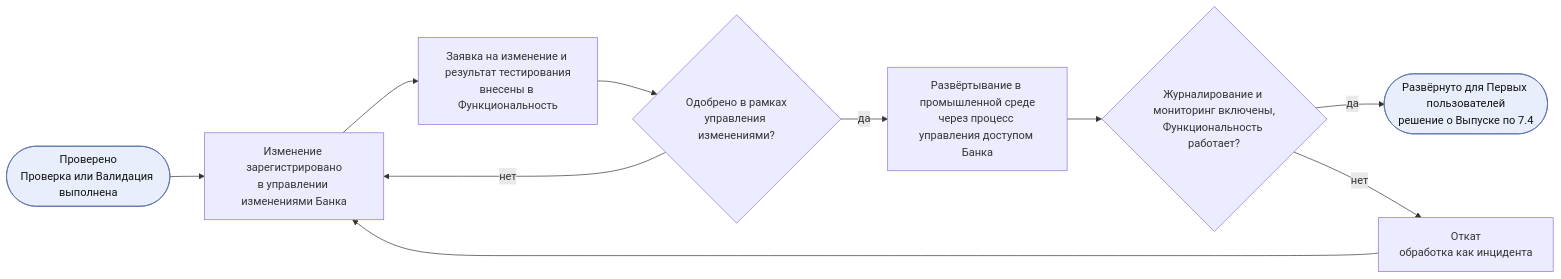
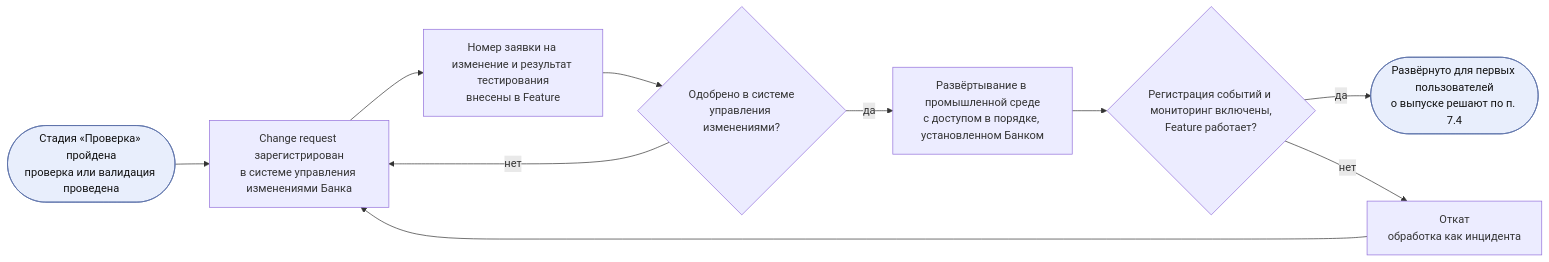
The tenth of 13 diagrams in charter/ru/documents/solution-lifecycle-model.md (devhogu/ob-aicc), drawn with Mermaid before and after one commit. The commit also changed other lines of this file and 1 other file, not shown here.

````diff
--- a/charter/ru/documents/solution-lifecycle-model.md
+++ b/charter/ru/documents/solution-lifecycle-model.md
@@ -423,13 +423,13 @@
 ```mermaid
 flowchart LR
-  VF(["Проверено<br/>Проверка или Валидация выполнена"]):::iface --> CR["Изменение зарегистрировано<br/>в управлении изменениями Банка"]
-  CR --> TK["Заявка на изменение и результат тестирования<br/>внесены в Функциональность"]
-  TK --> AP{"Одобрено в рамках<br/>управления изменениями?"}
+  VF(["Стадия «Проверка» пройдена<br/>проверка или валидация проведена"]):::iface --> CR["Change request зарегистрирован<br/>в системе управления изменениями Банка"]
+  CR --> TK["Номер заявки на изменение и результат тестирования<br/>внесены в Feature"]
+  TK --> AP{"Одобрено в системе<br/>управления изменениями?"}
   AP -->|нет| CR
-  AP -->|да| DP["Развёртывание в промышленной среде<br/>через процесс управления доступом Банка"]
-  DP --> CF{"Журналирование и мониторинг включены,<br/>Функциональность работает?"}
-  CF -->|да| FU(["Развёрнуто для Первых пользователей<br/>решение о Выпуске по 7.4"]):::iface
+  AP -->|да| DP["Развёртывание в промышленной среде<br/>с доступом в порядке, установленном Банком"]
+  DP --> CF{"Регистрация событий и мониторинг включены,<br/>Feature работает?"}
+  CF -->|да| FU(["Развёрнуто для первых пользователей<br/>о выпуске решают по п. 7.4"]):::iface
   CF -->|нет| RB["Откат<br/>обработка как инцидента"]
   RB --> CR
   classDef iface fill:#e8eefc,stroke:#5a6fa8,color:#111
 ```
````
